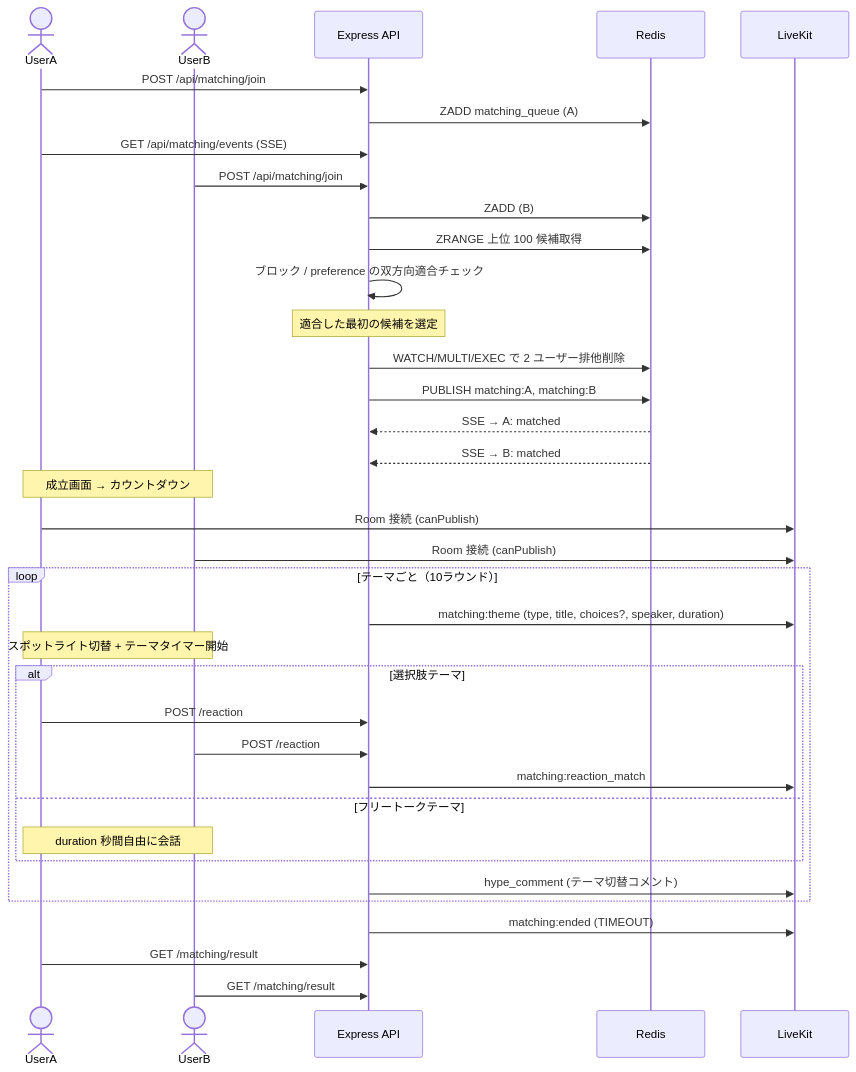
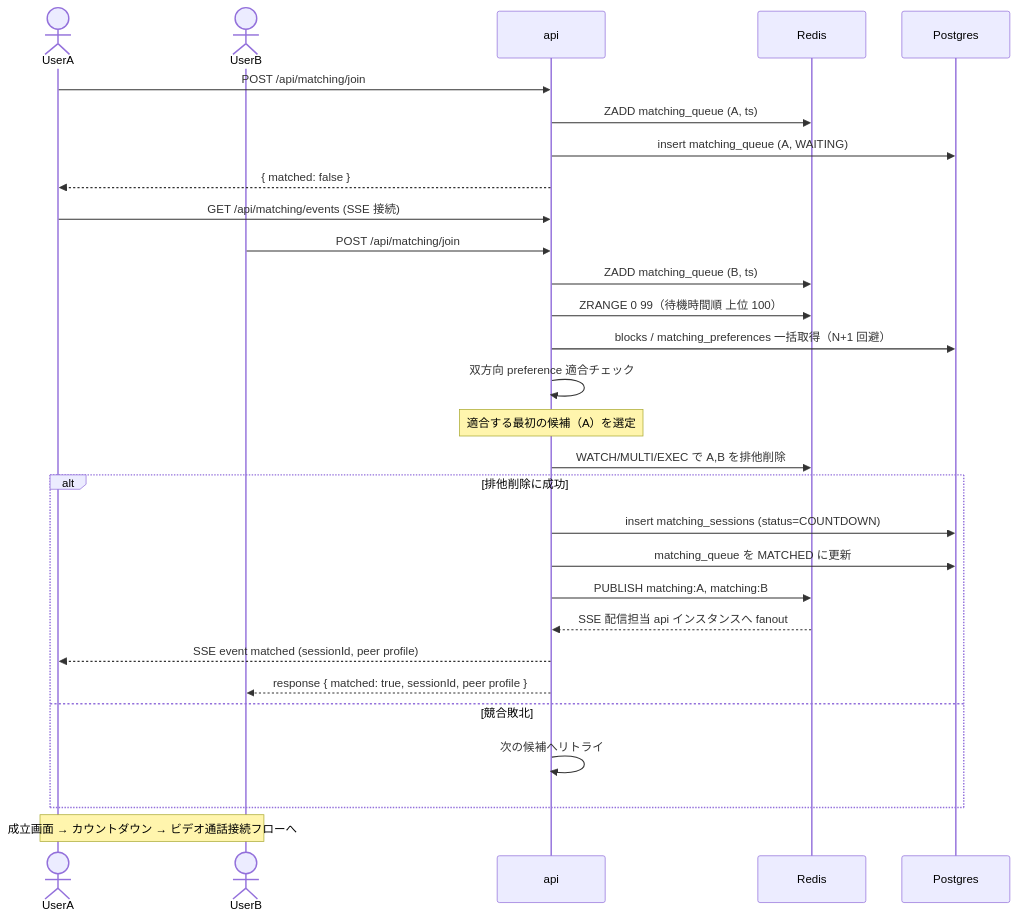
The second of 9 diagrams in docs/spec/matching/README.md (kentakki416/sns-battle), drawn with Mermaid before and after one commit. The commit also changed other lines of this file, not shown here.

First line of the commit message:
docs(matching): フロー図を機能別に分割し API 設計直下へ移動

````diff
--- a/docs/spec/matching/README.md
+++ b/docs/spec/matching/README.md
@@ -864,44 +398,34 @@
 ```mermaid
 sequenceDiagram
     actor A as UserA
     actor B as UserB
-    participant API as Express API
+    participant API as api
     participant Redis
-    participant LK as LiveKit
+    participant DB as Postgres
 
     A->>API: POST /api/matching/join
-    API->>Redis: ZADD matching_queue (A)
-    A->>API: GET /api/matching/events (SSE)
+    API->>Redis: ZADD matching_queue (A, ts)
+    API->>DB: insert matching_queue (A, WAITING)
+    API-->>A: { matched: false }
+    A->>API: GET /api/matching/events (SSE 接続)
 
     B->>API: POST /api/matching/join
-    API->>Redis: ZADD (B)
-    API->>Redis: ZRANGE 上位 100 候補取得
-    API->>API: ブロック / preference の双方向適合チェック
-    Note over API: 適合した最初の候補を選定
-    API->>Redis: WATCH/MULTI/EXEC で 2 ユーザー排他削除
-    API->>Redis: PUBLISH matching:A, matching:B
-    Redis-->>API: SSE → A: matched
-    Redis-->>API: SSE → B: matched
-
-    Note over A,B: 成立画面 → カウントダウン
-
-    A->>LK: Room 接続 (canPublish)
-    B->>LK: Room 接続 (canPublish)
-
-    loop テーマごと（10ラウンド）
-        API->>LK: matching:theme (type, title, choices?, speaker, duration)
-        Note over A,B: スポットライト切替 + テーマタイマー開始
-        alt 選択肢テーマ
-            A->>API: POST /reaction
-            B->>API: POST /reaction
-            API->>LK: matching:reaction_match
-        else フリートークテーマ
-            Note over A,B: duration 秒間自由に会話
-        end
-        API->>LK: hype_comment (テーマ切替コメント)
+    API->>Redis: ZADD matching_queue (B, ts)
+    API->>Redis: ZRANGE 0 99（待機時間順 上位 100）
+    API->>DB: blocks / matching_preferences 一括取得（N+1 回避）
+    API->>API: 双方向 preference 適合チェック
+    Note over API: 適合する最初の候補（A）を選定
+    API->>Redis: WATCH/MULTI/EXEC で A,B を排他削除
+    alt 排他削除に成功
+        API->>DB: insert matching_sessions (status=COUNTDOWN)
+        API->>DB: matching_queue を MATCHED に更新
+        API->>Redis: PUBLISH matching:A, matching:B
+        Redis-->>API: SSE 配信担当 api インスタンスへ fanout
+        API-->>A: SSE event matched (sessionId, peer profile)
+        API-->>B: response { matched: true, sessionId, peer profile }
+    else 競合敗北
+        API->>API: 次の候補へリトライ
     end
 
-    API->>LK: matching:ended (TIMEOUT)
-    A->>API: GET /matching/result
-    B->>API: GET /matching/result
+    Note over A,B: 成立画面 → カウントダウン → ビデオ通話接続フローへ
 ```
````
